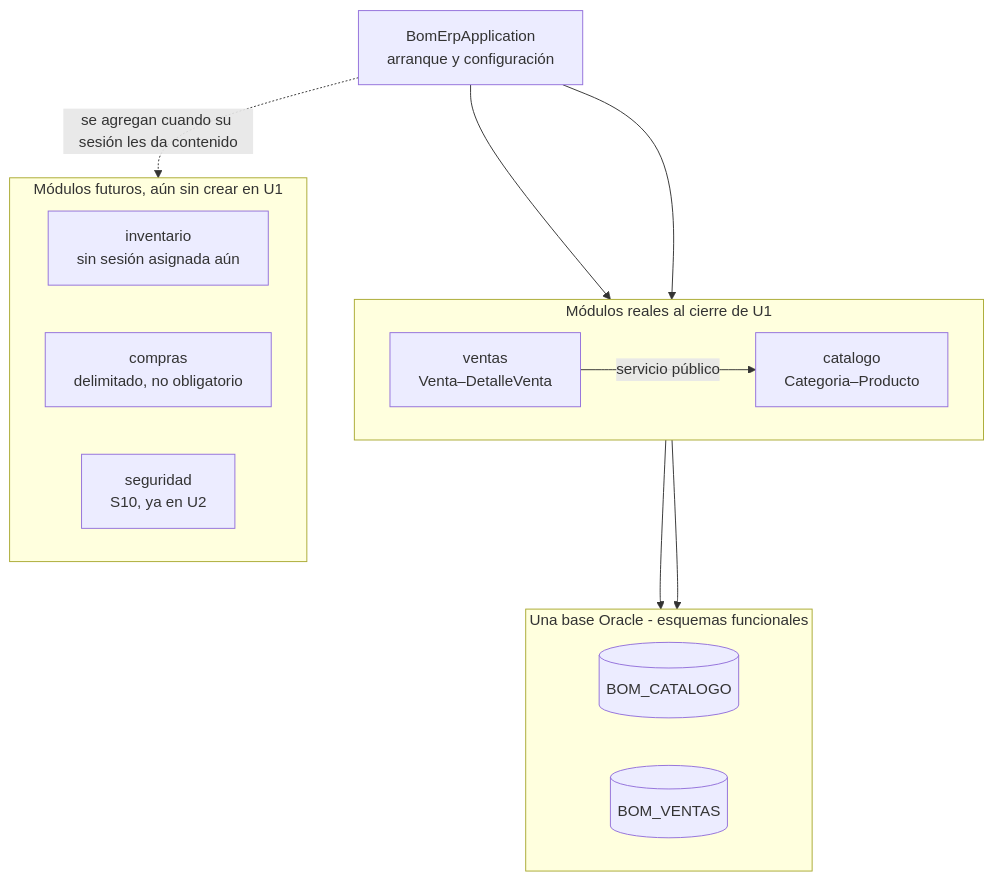
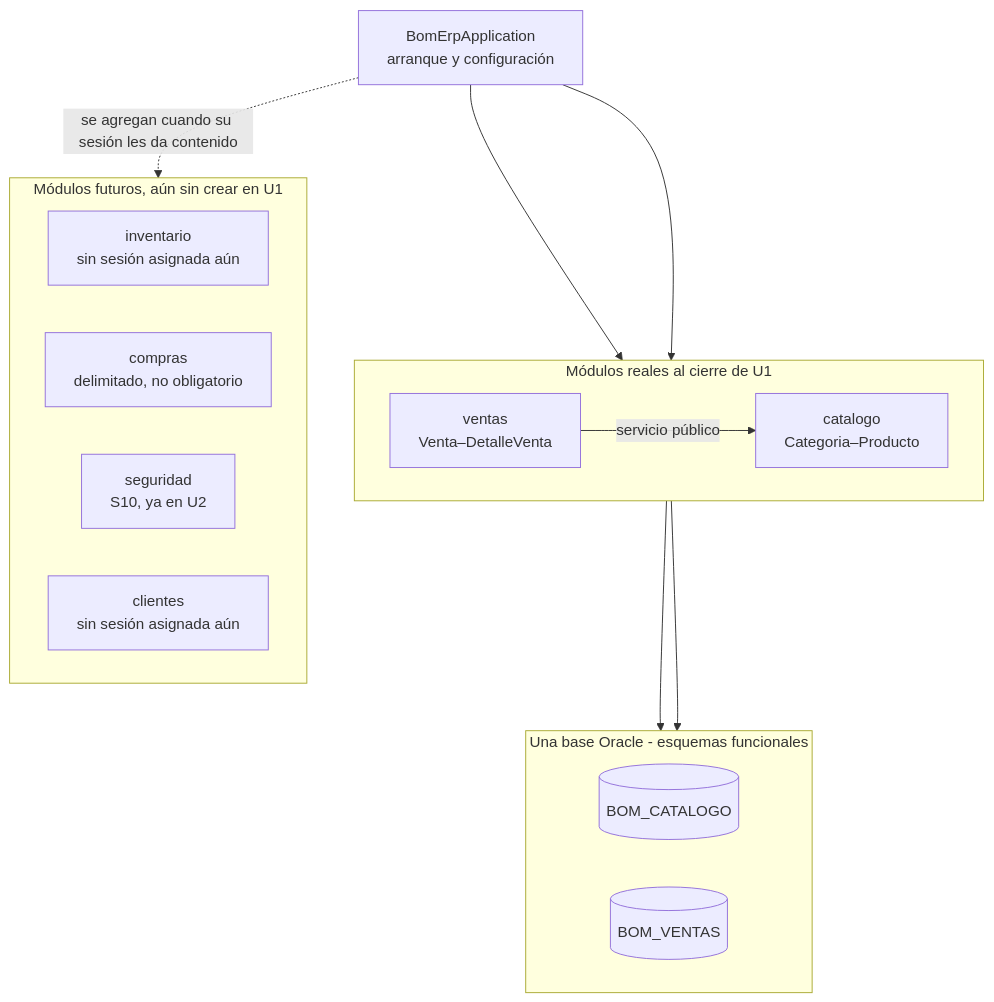
Before and after one commit to 262ciclo4/bomerp: the third of 3 diagrams in docs/proyecto-integrador/u1/ads-producto.md, drawn with Mermaid. The commit also changed other lines of this file and 25 other files, not shown here.

````diff
--- a/docs/proyecto-integrador/u1/ads-producto.md
+++ b/docs/proyecto-integrador/u1/ads-producto.md
@@ -75,31 +75,32 @@
 ```mermaid
 flowchart TB
     APP[BomErpApplication<br/>arranque y configuración]
 
     subgraph REAL[Módulos reales al cierre de U1]
         direction LR
         CAT[catalogo<br/>Categoria–Producto]
         VEN[ventas<br/>Venta–DetalleVenta]
     end
 
     subgraph ORACLE[Una base Oracle - esquemas funcionales]
         direction LR
         SCAT[(BOM_CATALOGO)]
         SVEN[(BOM_VENTAS)]
     end
 
     subgraph FUT[Módulos futuros, aún sin crear en U1]
         direction LR
         INV[inventario<br/>sin sesión asignada aún]
         COM[compras<br/>delimitado, no obligatorio]
         SEG[seguridad<br/>S10, ya en U2]
+        CLI[clientes<br/>sin sesión asignada aún]
     end
 
     APP --> CAT
     APP --> VEN
     VEN -->|servicio público| CAT
     CAT --> SCAT
     VEN --> SVEN
 
     APP -. se agregan cuando su sesión les da contenido .-> FUT
 ```
````
